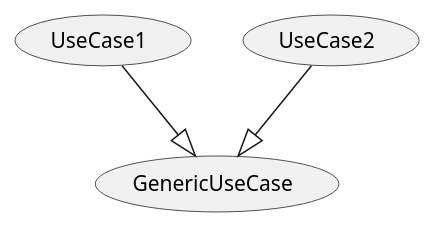
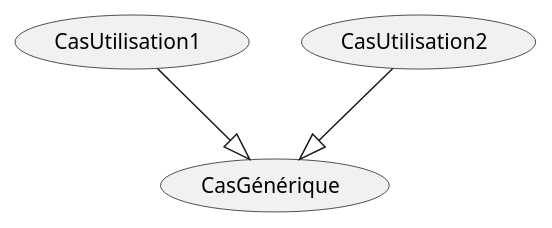
The diagram in plant_uml/useCaseGeneralizationExample.plantuml (gigl-uml/Guide_uml_polymtl), drawn with PlantUML before and after one commit. The commit also changed 8 other files, not shown here.

Commit message:
cas utilisation traduction

```diff
--- a/plant_uml/useCaseGeneralizationExample.plantuml
+++ b/plant_uml/useCaseGeneralizationExample.plantuml
@@ -1,11 +1,11 @@
 @startuml
 skinparam backgroundcolor transparent
-usecase GenericUseCase
-usecase UseCase1
-usecase UseCase2
+usecase CasGénérique
+usecase CasUtilisation1
+usecase CasUtilisation2
 
 
-UseCase1 --|> GenericUseCase
-UseCase2 --|> GenericUseCase
+CasUtilisation1 --|> CasGénérique
+CasUtilisation2 --|> CasGénérique
 
 @enduml
```
